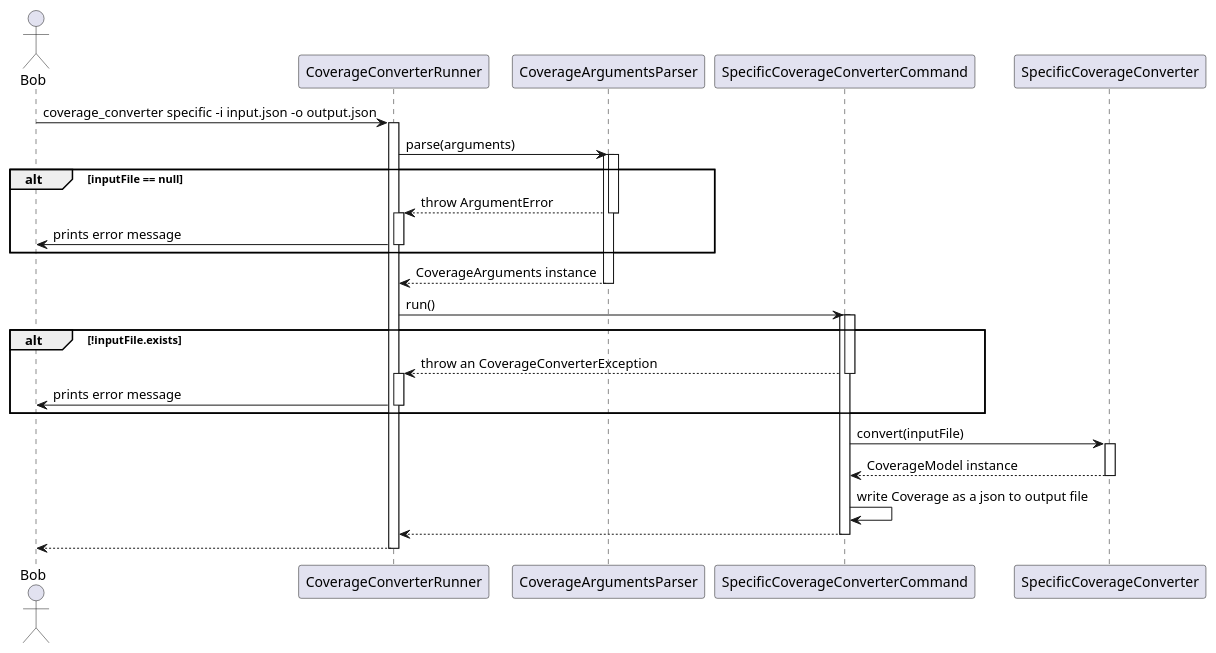
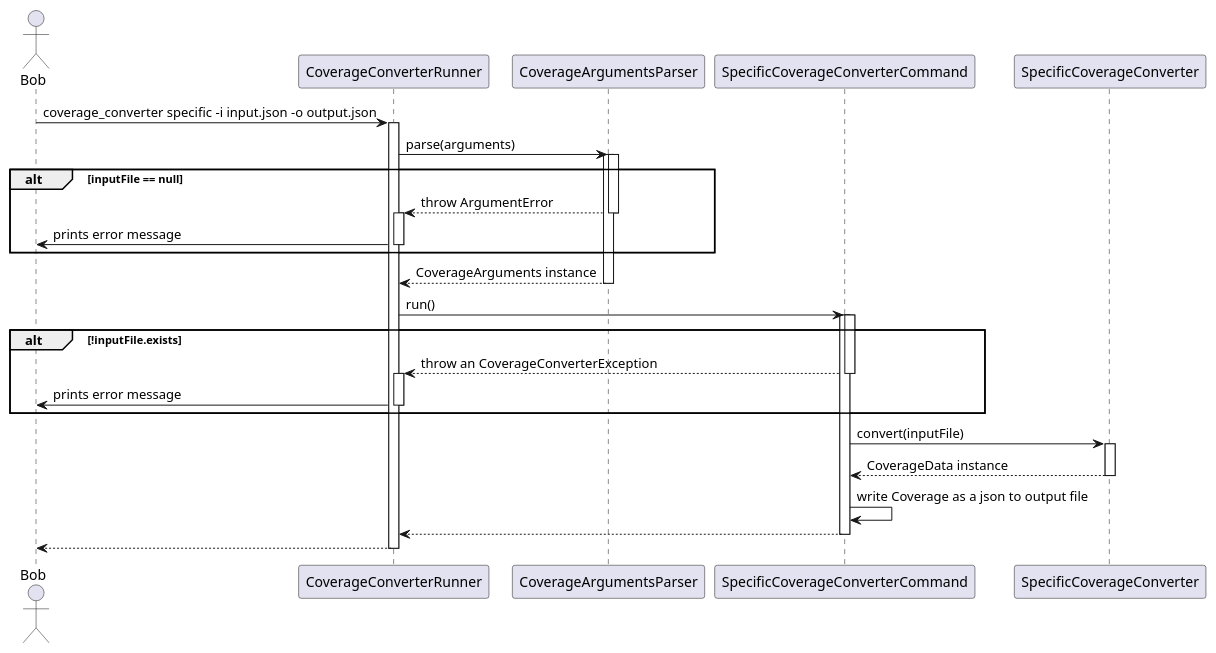
Before and after one commit to Flank/flank-dashboard: the diagram in metrics/coverage_converter/docs/diagrams/coverage_sequence_diagram.puml, drawn with PlantUML. The commit also changed 5 other files, not shown here.

Commit message:
Rename CoverageModel to CoverageData and fix typo

```diff
--- a/metrics/coverage_converter/docs/diagrams/coverage_sequence_diagram.puml
+++ b/metrics/coverage_converter/docs/diagrams/coverage_sequence_diagram.puml
@@ -1,51 +1,51 @@
 @startuml coverage_sequence_diagram
 
 
 actor Bob
 
 
 participant CoverageConverterRunner
 participant CoverageArgumentsParser
 participant SpecificCoverageConverterCommand
 participant SpecificCoverageConverter
 
 
 Bob -> CoverageConverterRunner : coverage_converter specific -i input.json -o output.json
 
 activate CoverageConverterRunner
 CoverageConverterRunner -> CoverageArgumentsParser : parse(arguments)
 activate CoverageArgumentsParser
 
 alt inputFile == null
 activate CoverageArgumentsParser
 
 return throw ArgumentError
 activate CoverageConverterRunner
 CoverageConverterRunner -> Bob: prints error message
 deactivate CoverageConverterRunner
 
 end 
 
 return CoverageArguments instance
 CoverageConverterRunner -> SpecificCoverageConverterCommand : run()
 activate SpecificCoverageConverterCommand
 
 alt !inputFile.exists
 activate SpecificCoverageConverterCommand
 
 return throw an CoverageConverterException
 activate CoverageConverterRunner
 
 CoverageConverterRunner -> Bob : prints error message
 deactivate CoverageConverterRunner
 
 end
 
 SpecificCoverageConverterCommand -> SpecificCoverageConverter : convert(inputFile)
 activate SpecificCoverageConverter
-return CoverageModel instance
+return CoverageData instance
 SpecificCoverageConverterCommand -> SpecificCoverageConverterCommand : write Coverage as a json to output file
 return 
 return
 
 @enduml
```
